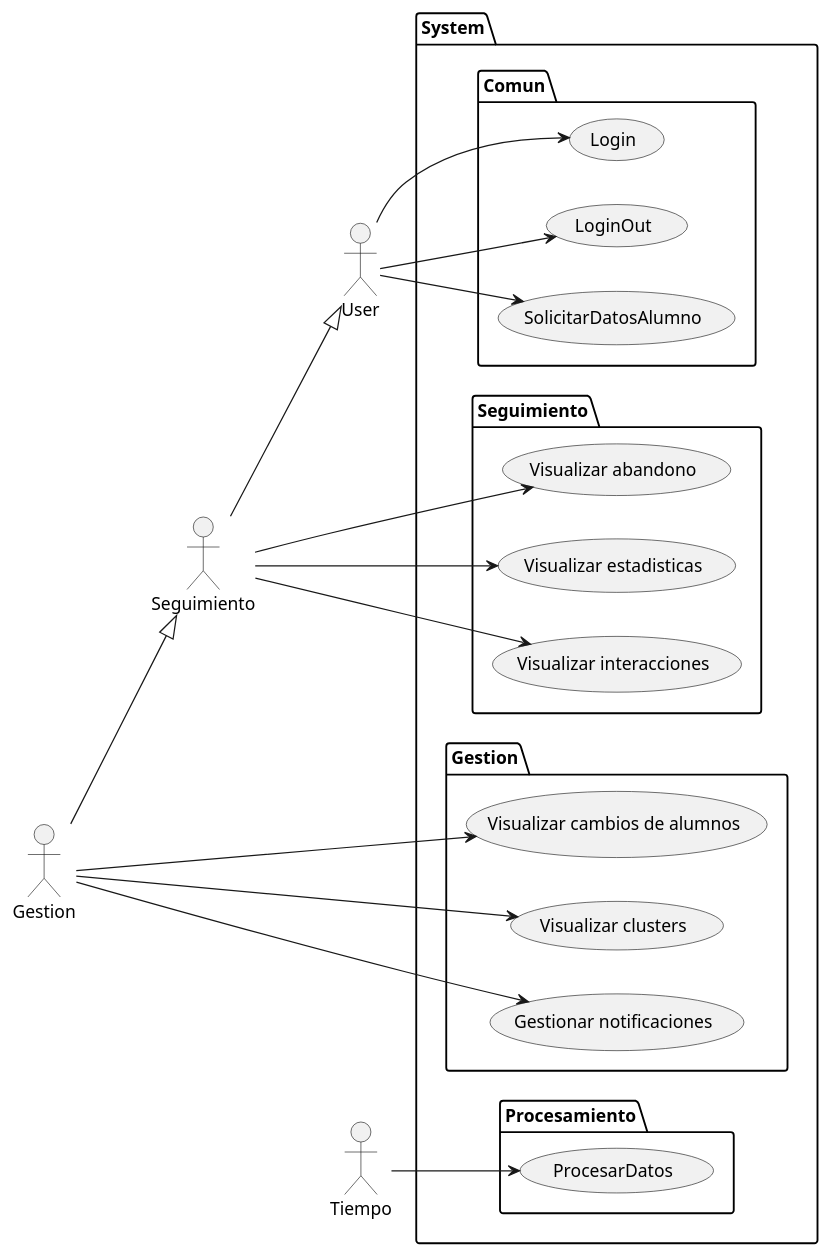
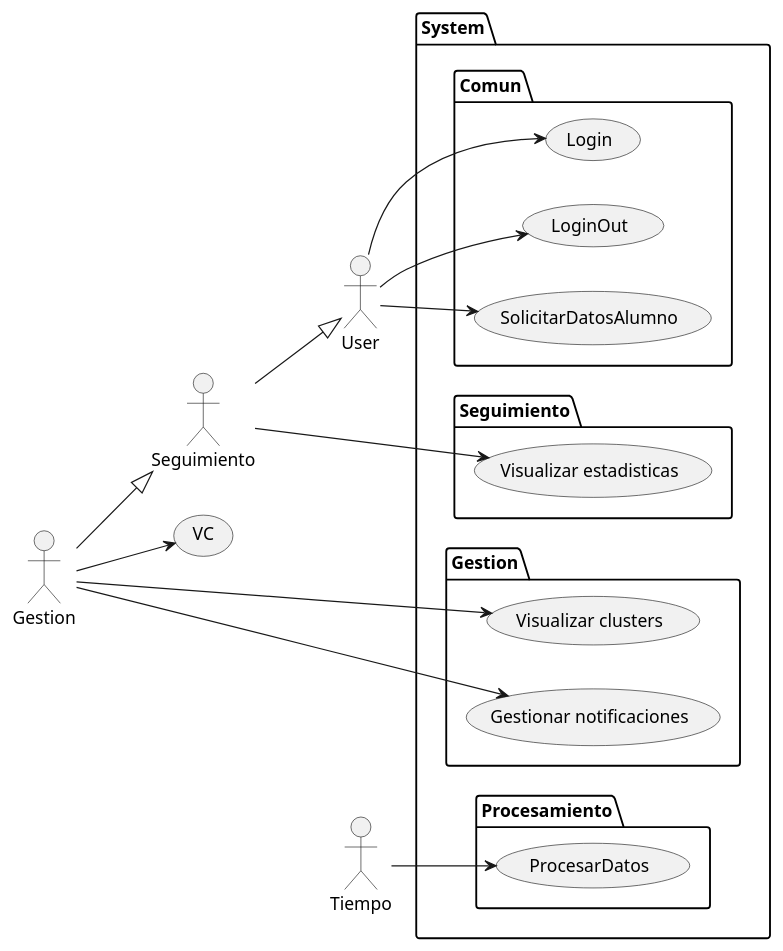
One commit to mmasias/IdSw1-22-23 changed the diagram in 000-entregas/Grupo1/CasosDeUso/Cdu.puml. Above: the diagram before and after it, drawn with PlantUML.

Commit message:
abdorcion de casos de uso

```diff
--- a/000-entregas/Grupo1/CasosDeUso/Cdu.puml
+++ b/000-entregas/Grupo1/CasosDeUso/Cdu.puml
@@ -1,50 +1,45 @@
 @startuml CasosDeUso
 left to right direction
 
 actor User
 actor "Gestion" as GEST
 actor "Seguimiento"	as SEG
 actor "Tiempo" as Tiempo
 
 User <|-u- SEG
 SEG <|-u- GEST
 
 package System {
 
   package Comun {
     usecase "Login" as Login
     usecase "LoginOut" as LoginOut
     usecase "SolicitarDatosAlumno" as SDA
   }
   package Seguimiento {
-    usecase "Visualizar abandono" as VA
     usecase "Visualizar estadisticas" as VE
-    usecase "Visualizar interacciones" as VI
   }
   package Gestion {
-    usecase "Visualizar cambios de alumnos" as VC
     usecase "Visualizar clusters" as VCL
     usecase "Gestionar notificaciones" as GN
   }
   package Procesamiento {
     usecase "ProcesarDatos" as PD
   }
 }
 
 
 User --> (Login)
 User --> (LoginOut)
 User --> (SDA)
 
-SEG --> (VA)
 SEG --> (VE)
-SEG --> (VI)
 
 GEST --> (VC)
 GEST --> (VCL)
 GEST --> (GN)
 
 
 Tiempo --> PD
 
 @enduml
```
